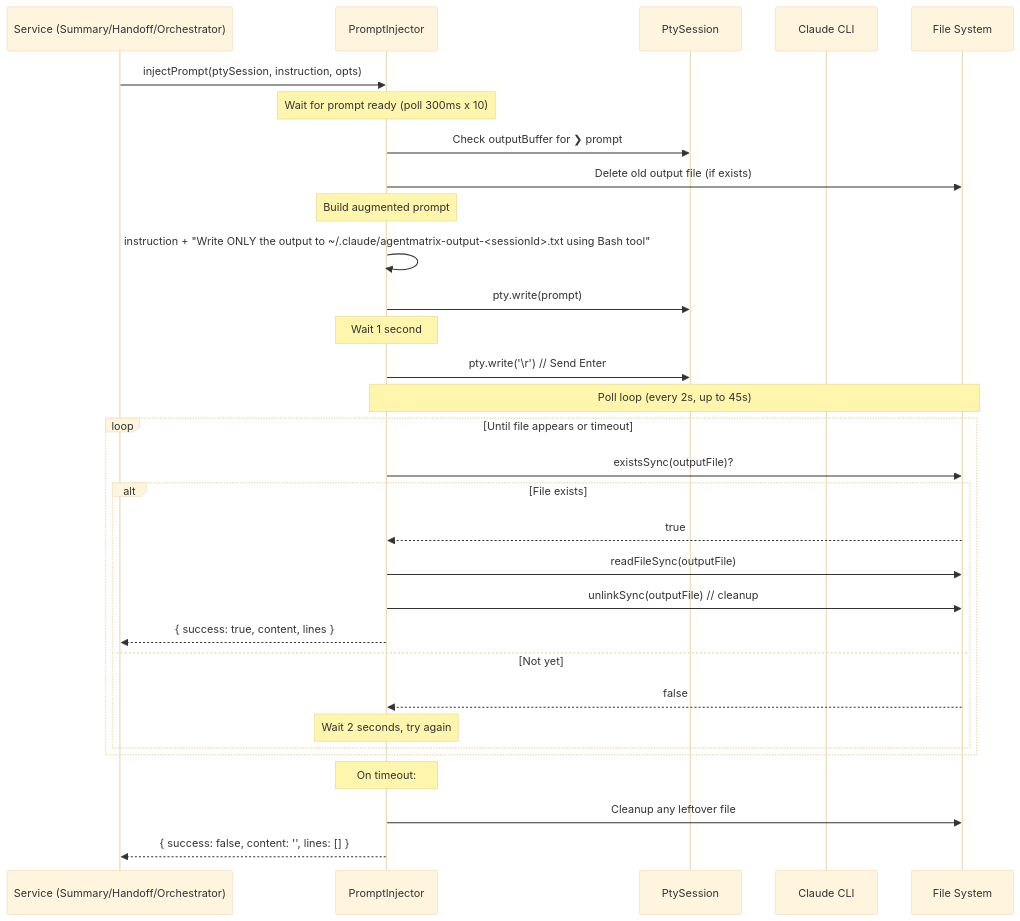
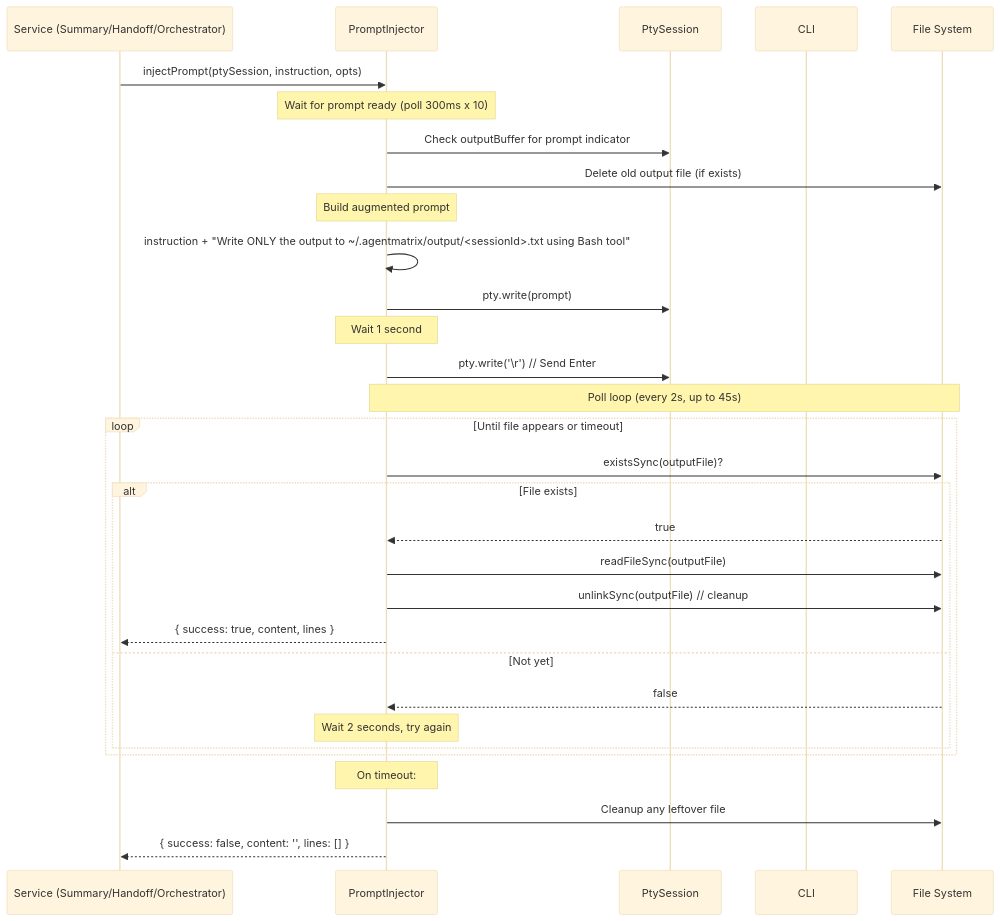
One commit to Nahom-Kefelegne/AgentMatrix changed the fourth of 7 diagrams in docs/design/electron-pty.md. Above: the diagram before and after it, drawn with Mermaid (base theme). The commit also changed other lines of this file and 14 other files, not shown here.

````diff
--- a/docs/design/electron-pty.md
+++ b/docs/design/electron-pty.md
@@ -398,41 +415,41 @@
 ```mermaid
 sequenceDiagram
     participant Caller as Service (Summary/Handoff/Orchestrator)
     participant PI as PromptInjector
     participant PTY as PtySession
-    participant Claude as Claude CLI
+    participant CLI as CLI
     participant FS as File System
 
     Caller->>PI: injectPrompt(ptySession, instruction, opts)
 
     Note over PI: Wait for prompt ready (poll 300ms x 10)
-    PI->>PTY: Check outputBuffer for ❯ prompt
+    PI->>PTY: Check outputBuffer for prompt indicator
 
     PI->>FS: Delete old output file (if exists)
 
     Note over PI: Build augmented prompt
-    PI->>PI: instruction + "Write ONLY the output to ~/.claude/agentmatrix-output-<sessionId>.txt using Bash tool"
+    PI->>PI: instruction + "Write ONLY the output to ~/.agentmatrix/output/<sessionId>.txt using Bash tool"
 
     PI->>PTY: pty.write(prompt)
     Note over PI: Wait 1 second
     PI->>PTY: pty.write('\r')  // Send Enter
 
     Note over PI,FS: Poll loop (every 2s, up to 45s)
 
     loop Until file appears or timeout
         PI->>FS: existsSync(outputFile)?
         alt File exists
             FS-->>PI: true
             PI->>FS: readFileSync(outputFile)
             PI->>FS: unlinkSync(outputFile) // cleanup
             PI-->>Caller: { success: true, content, lines }
         else Not yet
             FS-->>PI: false
             Note over PI: Wait 2 seconds, try again
         end
     end
 
     Note over PI: On timeout:
     PI->>FS: Cleanup any leftover file
     PI-->>Caller: { success: false, content: '', lines: [] }
 ```
````
